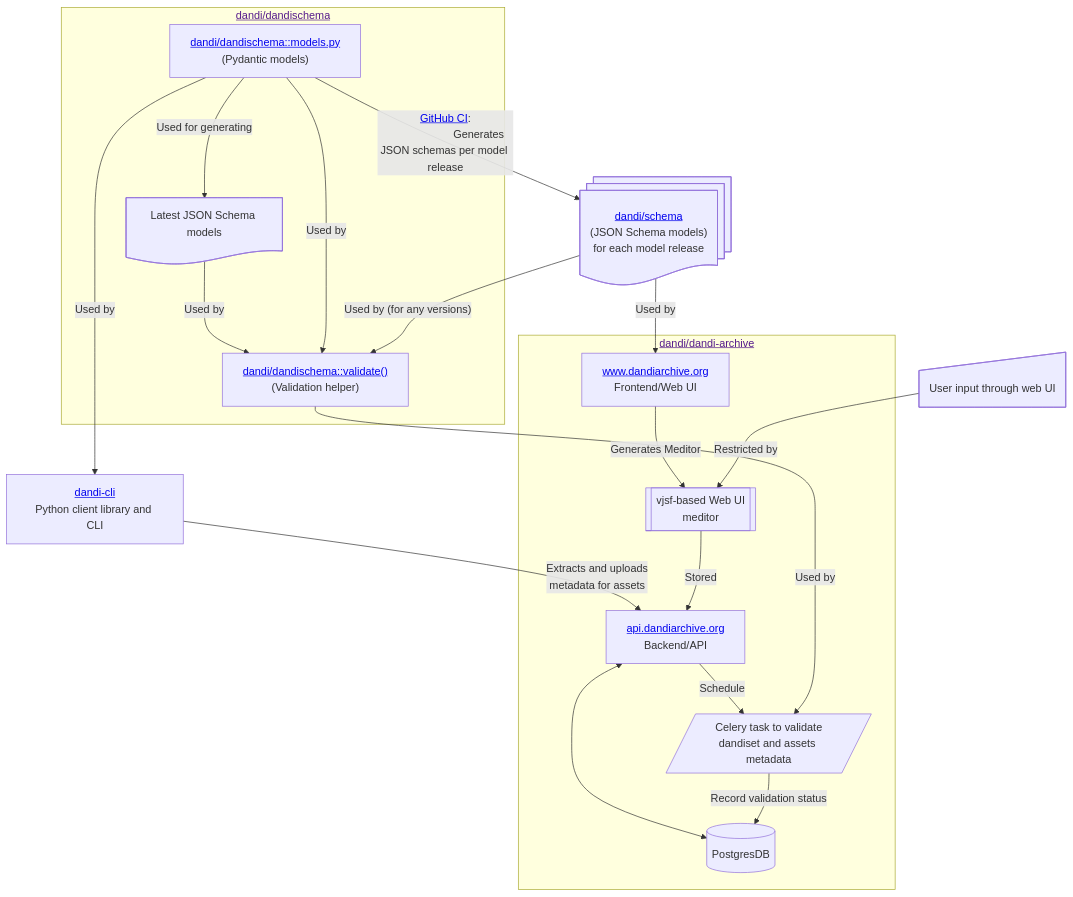
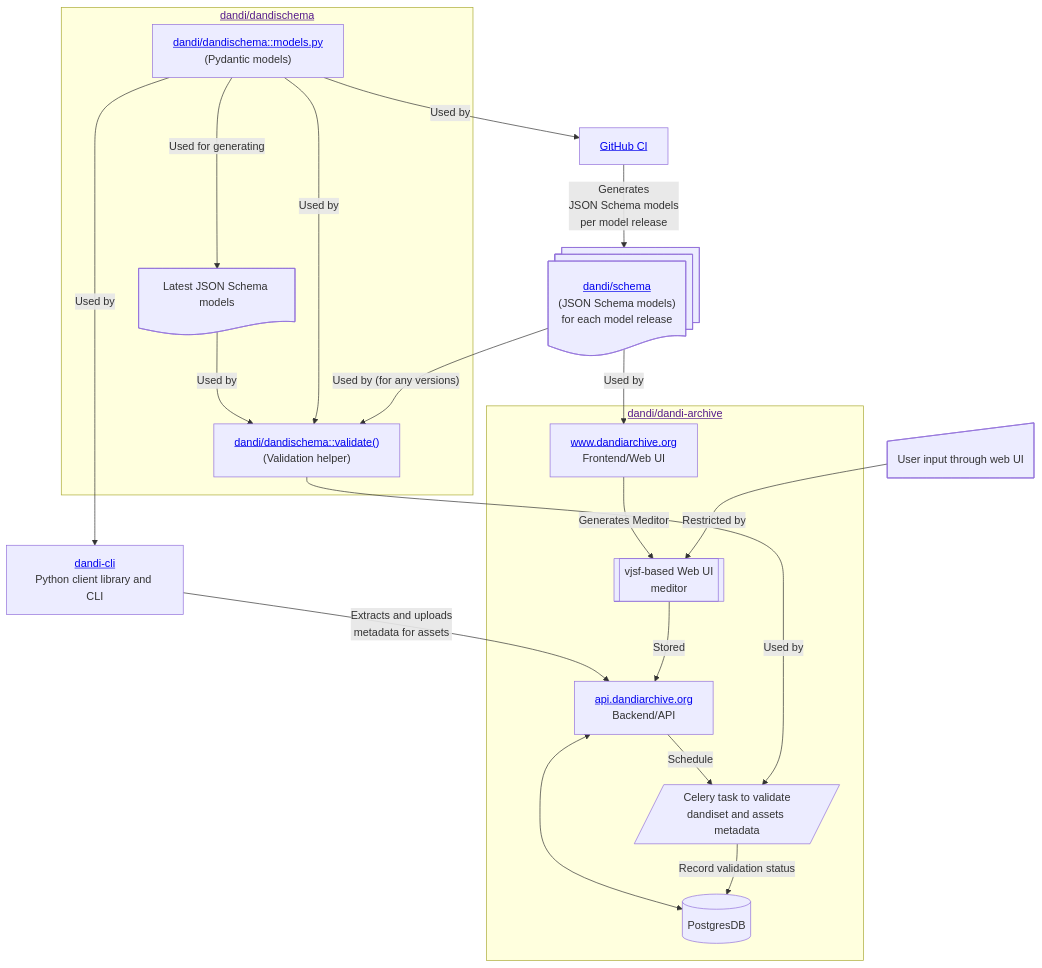
One commit to candleindark/dandi-models-mermaid changed the diagram in dandi-models.mmd. Above: the diagram before and after it, drawn with Mermaid.

Commit message:
Introduce GitHub CI node

```diff
--- a/dandi-models.mmd
+++ b/dandi-models.mmd
@@ -1,55 +1,55 @@
 flowchart TD
     dandi_json["<a href='https://github.com/dandi/schema'>dandi/schema</a><br/>(JSON Schema models)<br/>for each model release"]@{ shape: docs }
     dandi_cli["<a href='https://github.com/dandi/dandi-cli'>dandi-cli</a><br/>Python client library and CLI"]
+    ci[<a href='https://github.com/dandi/dandi-schema/blob/master/.github/workflows/release.yml'>GitHub CI</a>]
     web_input["User input through web UI"]@{ shape: manual-input }
 
     subgraph "<a href=''>dandi/dandischema</a>"
         %% nodes
         dandi_pydantic["<a href='https://github.com/dandi/dandi-schema/blob/master/dandischema/models.py'>dandi/dandischema::models.py</a><br/>(Pydantic models)"]
         dandi_validate["<a href='https://github.com/dandi/dandi-schema/blob/c3007768e002c9f51ea37b5e6b3628f7f7f20943/dandischema/metadata.py#L195'>dandi/dandischema::validate()</a><br/>(Validation helper)"]
         dandi_json_runtime[Latest JSON Schema models]@{ shape: doc }
 
         %% edges
         dandi_pydantic -->|Used for generating| dandi_json_runtime -->|Used by| dandi_validate
     end
 
     subgraph "<a href=''>dandi/dandi-archive</a>"
         %% nodes
         dandi_archive_db[(PostgresDB)]
         dandi_archive_backend["<a href='https://api.dandiarchive.org'>api.dandiarchive.org</a><br/>Backend/API"]
         dandi_archive_frontend["<a href='https://www.dandiarchive.org'>www.dandiarchive.org</a><br/>Frontend/Web UI"]
         %% user_input_data["User input data"]@{ shape: manual-input }
         meditor[[vjsf-based Web UI<br/>meditor]]
         dandi_archive_validate[/Celery task to validate<br/>dandiset and assets metadata/]
     end
 
-    dandi_pydantic -->|<a href="https://github.com/dandi/dandi-schema/blob/master/.github/workflows/release.yml">GitHub CI</a>:
-                       Generates JSON schemas per model release| dandi_json
+    dandi_pydantic -->|Used by| ci -->|Generates<br/> JSON Schema models<br/> per model release| dandi_json
 
     %% dandi/dandischema does use JSON schema models during validation
 
     dandi_pydantic -->|Used by| dandi_cli
     dandi_pydantic -->|Used by| dandi_validate
     dandi_json -->|"Used by (for any versions)"| dandi_validate
 
     dandi_archive_backend --> |Schedule| dandi_archive_validate
     dandi_archive_backend <--->  dandi_archive_db
     dandi_validate -->|Used by| dandi_archive_validate
     %%?? dandi_validate -->|Used by| dandi_cli
 
     %% dandi_json -->|Used by| dandi_archive_backend
     dandi_json -->|Used by| dandi_archive_frontend
 
 
     %% datasets[NWB/BIDS]
     %% user_input_data --> |Expressed as| datasets
     %%  datasets --> |Extracts metadata by| dandi_cli
     dandi_cli --> |Extracts and uploads<br/>metadata for assets| dandi_archive_backend
     %% We always upload Asset pyndatic model, but it might be minimally
     %% populated if there was an error while extracting metadata
 
     dandi_archive_frontend --> |Generates Meditor| meditor
     web_input --> | Restricted by| meditor
     meditor --> |Stored| dandi_archive_backend
 
     dandi_archive_validate --> |Record validation status| dandi_archive_db
```
